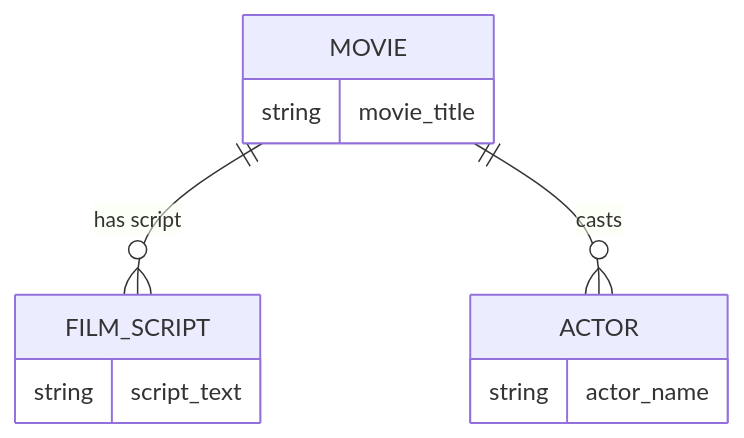
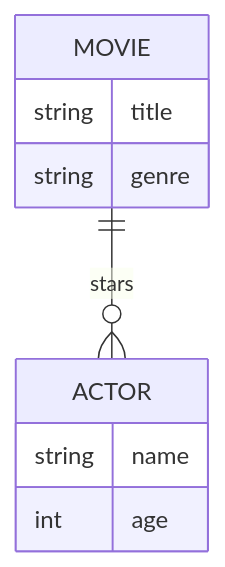
Before and after one commit to DagimAlemayehuu/Ater: the diagram in Obsidian_Vault/2-Academic/Autumn 2025/Database_Systems/3_Relational_Model_And_Database_Design/Entity_Types.md, drawn with Mermaid. The commit also changed other lines of this file and 41 other files, not shown here.

````diff
--- a/Obsidian_Vault/2-Academic/Autumn 2025/Database_Systems/3_Relational_Model_And_Database_Design/Entity_Types.md
+++ b/Obsidian_Vault/2-Academic/Autumn 2025/Database_Systems/3_Relational_Model_And_Database_Design/Entity_Types.md
@@ -32,14 +35,12 @@
 ```mermaid
 erDiagram
-    MOVIE ||--o{ FILM_SCRIPT : "has script"
-    MOVIE ||--o{ ACTOR : "casts"
+    MOVIE {
+        string title
+        string genre
+    }
     ACTOR {
-        string actor_name
+        string name
+        int age
     }
-    MOVIE {
-        string movie_title
-    }
-    FILM_SCRIPT {
-        string script_text
-    }
+    MOVIE ||--o{ ACTOR : "stars"
 ```
````
